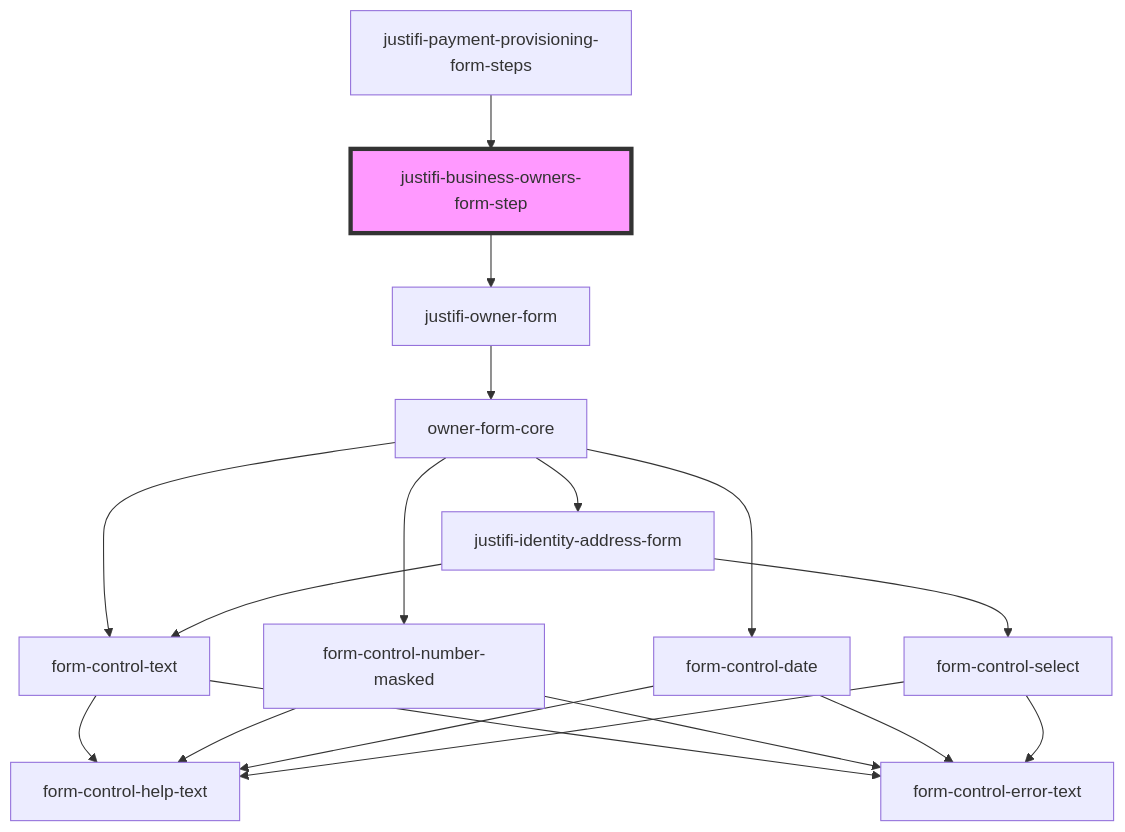
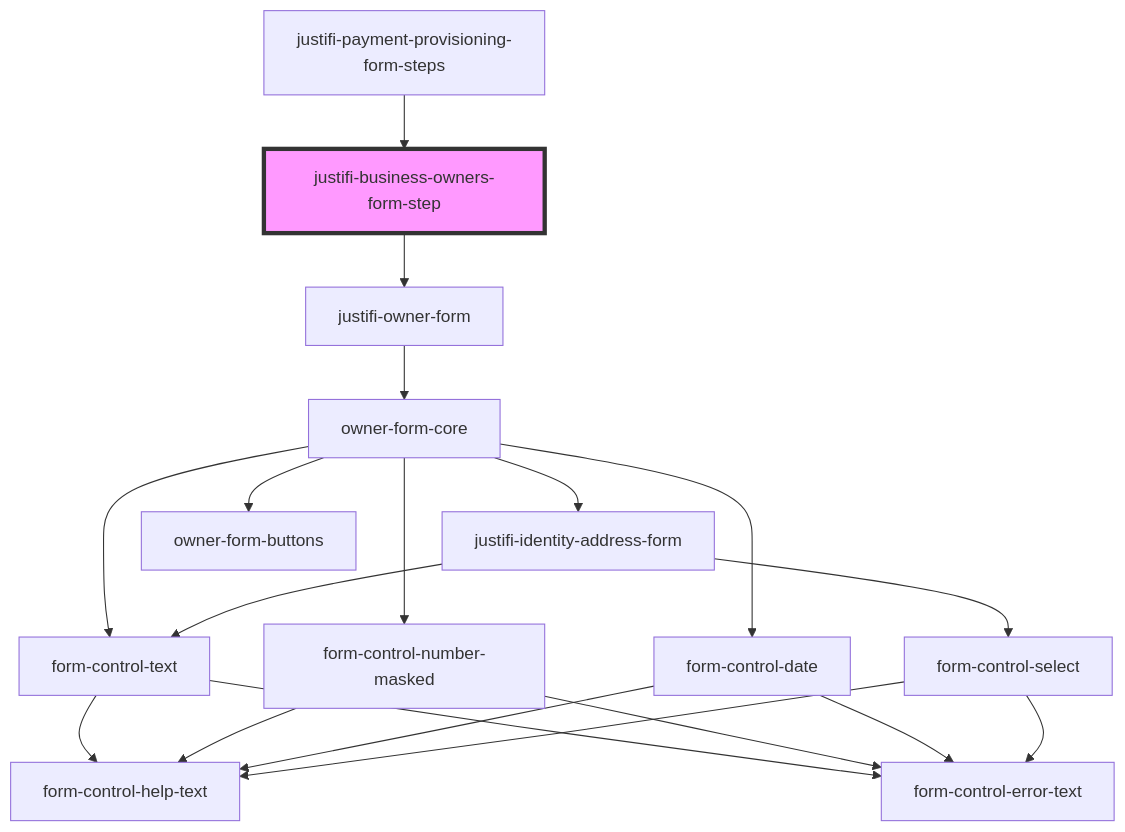
Before and after one commit to justifi-tech/web-component-library: the diagram in packages/webcomponents/src/components/business-forms/payment-provisioning/business-owners/readme.md, drawn with Mermaid. The commit also changed 4 other files, not shown here.

````diff
--- a/packages/webcomponents/src/components/business-forms/payment-provisioning/business-owners/readme.md
+++ b/packages/webcomponents/src/components/business-forms/payment-provisioning/business-owners/readme.md
@@ -57,21 +57,22 @@
 ```mermaid
 graph TD;
   justifi-business-owners-form-step --> justifi-owner-form
   justifi-owner-form --> owner-form-core
   owner-form-core --> form-control-text
   owner-form-core --> form-control-number-masked
   owner-form-core --> form-control-date
   owner-form-core --> justifi-identity-address-form
+  owner-form-core --> owner-form-buttons
   form-control-text --> form-control-help-text
   form-control-text --> form-control-error-text
   form-control-number-masked --> form-control-help-text
   form-control-number-masked --> form-control-error-text
   form-control-date --> form-control-help-text
   form-control-date --> form-control-error-text
   justifi-identity-address-form --> form-control-text
   justifi-identity-address-form --> form-control-select
   form-control-select --> form-control-help-text
   form-control-select --> form-control-error-text
   justifi-payment-provisioning-form-steps --> justifi-business-owners-form-step
   style justifi-business-owners-form-step fill:#f9f,stroke:#333,stroke-width:4px
 ```
````
